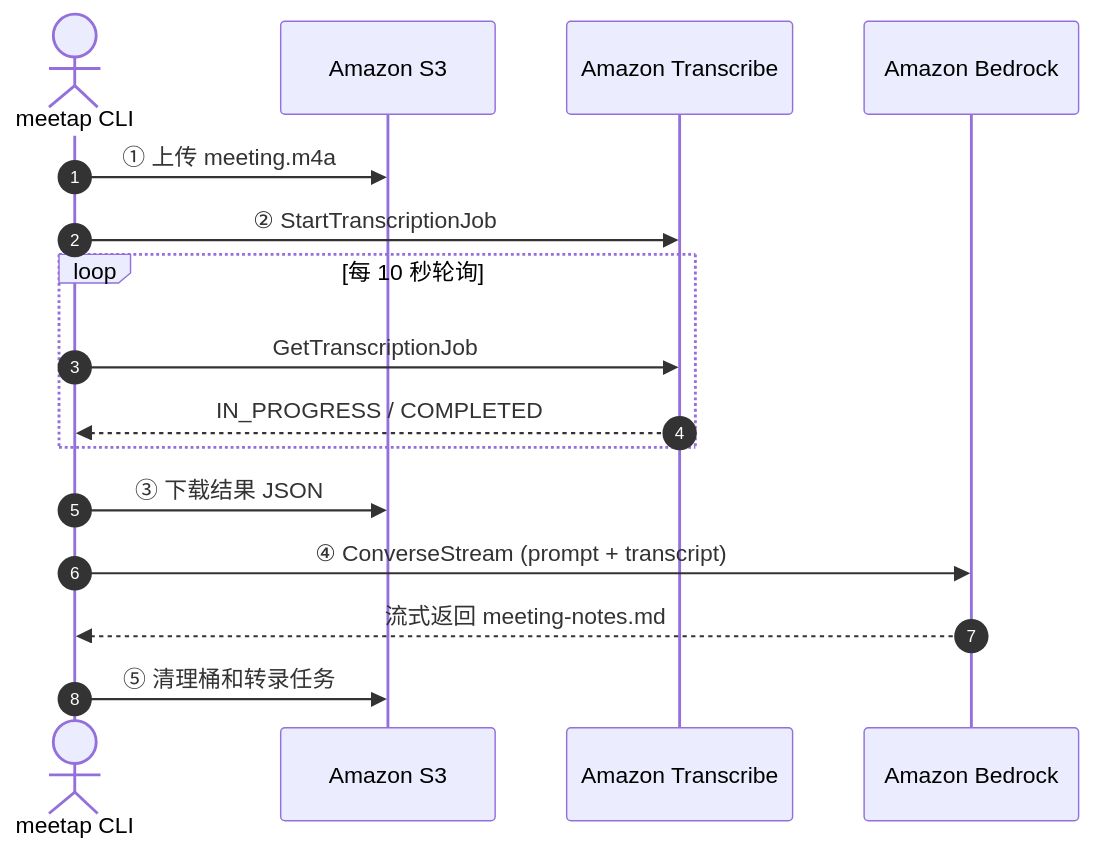
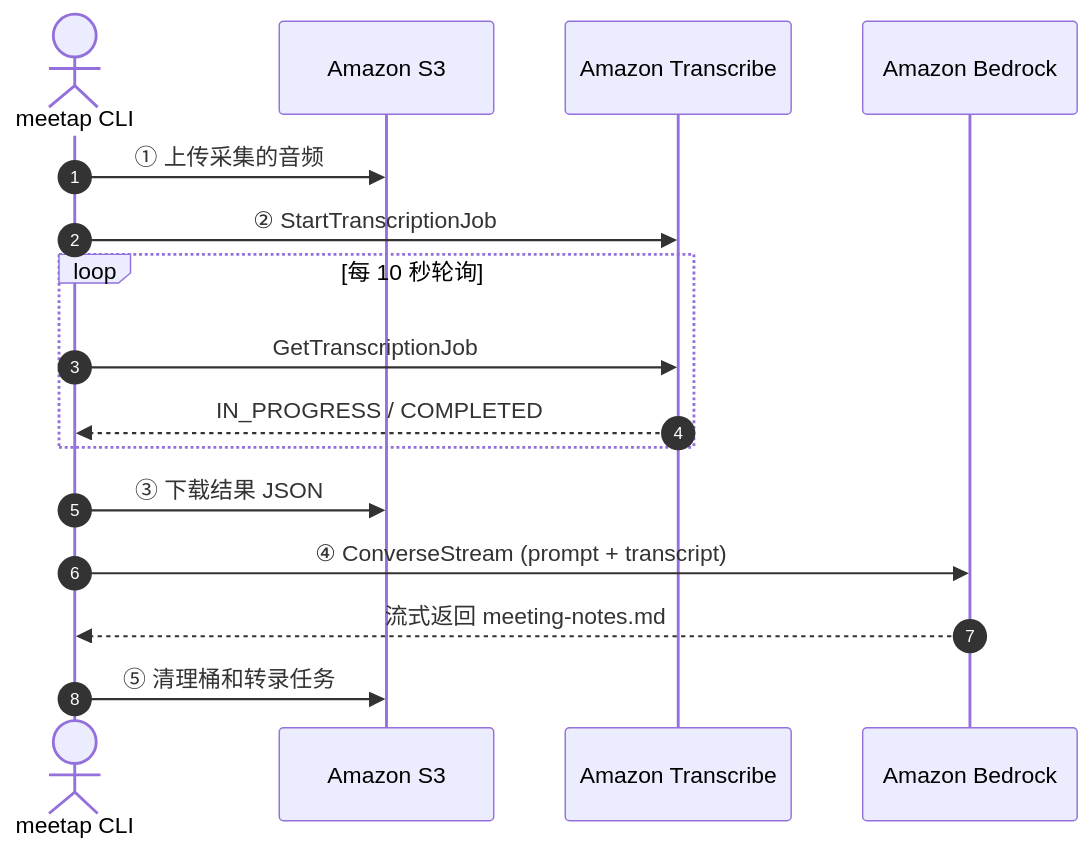
The third of 3 diagrams in README.md (henceman777/meetap), drawn with Mermaid before and after one commit.

Commit message:
docs: tweak sequence diagram wording

````diff
--- a/README.md
+++ b/README.md
@@ -256,19 +256,19 @@
 ```mermaid
 sequenceDiagram
     autonumber
     actor U as meetap CLI
     participant S3 as Amazon S3
     participant TX as Amazon Transcribe
     participant BR as Amazon Bedrock
 
-    U->>S3: ① 上传 meeting.m4a
+    U->>S3: ① 上传采集的音频
     U->>TX: ② StartTranscriptionJob
     loop 每 10 秒轮询
         U->>TX: GetTranscriptionJob
         TX-->>U: IN_PROGRESS / COMPLETED
     end
     U->>S3: ③ 下载结果 JSON
     U->>BR: ④ ConverseStream (prompt + transcript)
     BR-->>U: 流式返回 meeting-notes.md
     U->>S3: ⑤ 清理桶和转录任务
 ```
````
